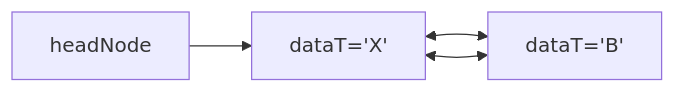
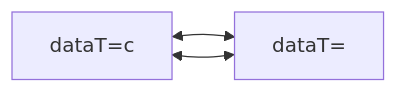
One commit to YOAyes/iodraw-files changed the diagram in all/未命名-10.md. Above: the diagram before and after it, drawn with Mermaid.

Commit message:
2025-06-16 16:38:48 update

````diff
--- a/all/未命名-10.md
+++ b/all/未命名-10.md
@@ -1,6 +1,6 @@
 ```mermaid
 graph LR
-    X[dataT='X'] <--> B[dataT='B']
+    X[dataT=c] <--> B[dataT=]
     B <--> X
-    headNode-->X
+
 ```
````
